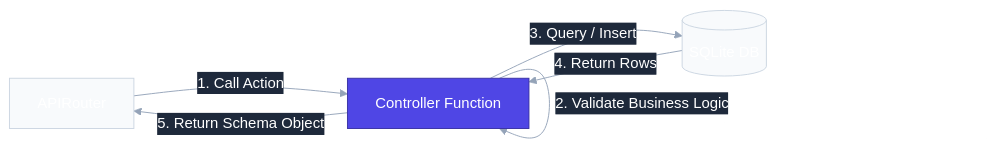
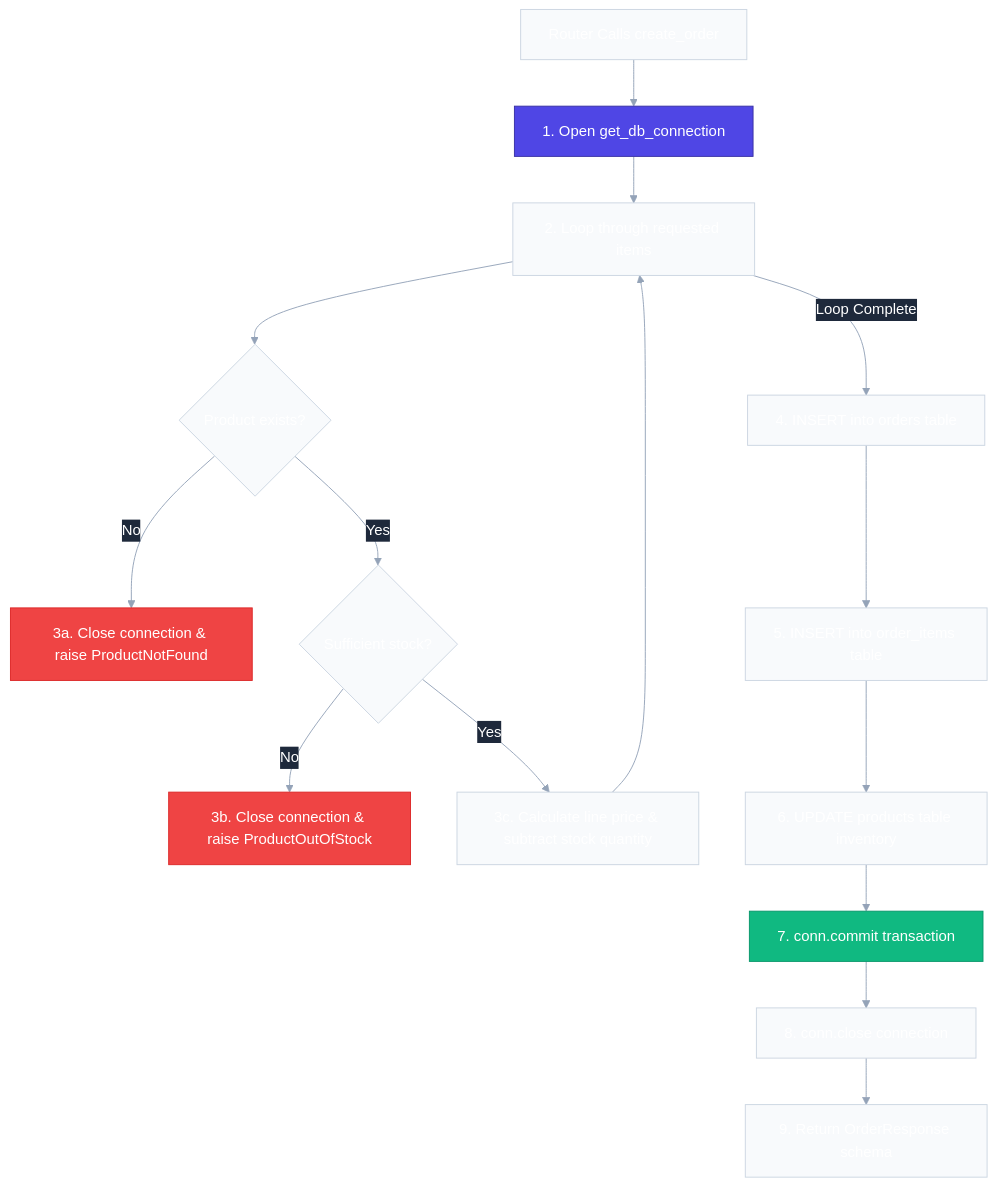
The diagram in app/controllers/README.md (nakul-cloud/ecommerce-api), drawn with Mermaid before and after one commit. The commit also changed other lines of this file and 8 other files, not shown here.

Commit message:
docs: add comprehensive architecture documentation across app modules

````diff
--- a/app/controllers/README.md
+++ b/app/controllers/README.md
@@ -184,11 +22,23 @@
 ```mermaid
-%%{init: {'theme': 'base', 'themeVariables': {'primaryColor': '#4f46e5', 'primaryTextColor': '#ffffff', 'primaryBorderColor': '#3730a3', 'lineColor': '#94a3b8', 'secondaryColor': '#10b981', 'tertiaryColor': '#f59e0b', 'background': '#ffffff', 'mainBkg': '#f8fafc', 'nodeBorder': '#cbd5e1', 'nodeTextColor': '#1e293b', 'textColor': '#ffffff', 'titleColor': '#ffffff', 'edgeLabelBackground': '#1e293b', 'clusterBkg': '#f1f5f9', 'clusterBorder': '#e2e8f0', 'actorBkg': '#f8fafc', 'actorBorder': '#cbd5e1', 'actorTextColor': '#1e293b', 'signalColor': '#4f46e5', 'signalTextColor': '#ffffff', 'noteBkgColor': '#fef08a', 'noteBorderColor': '#facc15', 'noteTextColor': '#713f12'}}}%%
-flowchart LR
-    Router[APIRouter] -->|1. Call Action| Controller[Controller Function]
-    Controller -->|2. Validate Business Logic| Controller
-    Controller -->|3. Query / Insert| DB[(SQLite DB)]
-    DB -->|4. Return Rows| Controller
-    Controller -->|5. Return Schema Object| Router
+%%{init: {'theme': 'base', 'themeVariables': {'primaryColor': '#4f46e5', 'primaryTextColor': '#ffffff', 'primaryBorderColor': '#3730a3', 'lineColor': '#94a3b8', 'secondaryColor': '#10b981', 'tertiaryColor': '#f59e0b', 'background': '#ffffff', 'mainBkg': '#f8fafc', 'nodeBorder': '#cbd5e1', 'nodeTextColor': '#1e293b', 'textColor': '#ffffff', 'titleColor': '#ffffff', 'edgeLabelBackground': '#1e293b', 'clusterBkg': '#f1f5f9', 'clusterBorder': '#e2e8f0', 'titleColor': '#1e293b', 'textColor': '#334155'}}}%%
+flowchart TD
+    Start[Router Calls create_order] --> DBConn[1. Open get_db_connection]
+    DBConn --> LoopItems[2. Loop through requested items]
+    LoopItems --> CheckProd{Product exists?}
+    CheckProd -->|No| RaiseNF[3a. Close connection & raise ProductNotFound]
+    CheckProd -->|Yes| CheckStock{Sufficient stock?}
+    CheckStock -->|No| RaiseOOS[3b. Close connection & raise ProductOutOfStock]
+    CheckStock -->|Yes| CalcPrice[3c. Calculate line price & subtract stock quantity]
+    CalcPrice --> LoopItems
+    LoopItems -->|Loop Complete| InsertOrder[4. INSERT into orders table]
+    InsertOrder --> InsertItems[5. INSERT into order_items table]
+    InsertItems --> DeductStock[6. UPDATE products table inventory]
+    DeductStock --> Commit[7. conn.commit transaction]
+    Commit --> CloseConn[8. conn.close connection]
+    CloseConn --> ReturnRes[9. Return OrderResponse schema]
     
-    style Controller fill:#4f46e5,stroke:#3730a3,color:#ffffff
+    style DBConn fill:#4f46e5,stroke:#3730a3,color:#ffffff
+    style Commit fill:#10b981,stroke:#059669,color:#ffffff
+    style RaiseNF fill:#ef4444,stroke:#dc2626,color:#ffffff
+    style RaiseOOS fill:#ef4444,stroke:#dc2626,color:#ffffff
 ```
````
